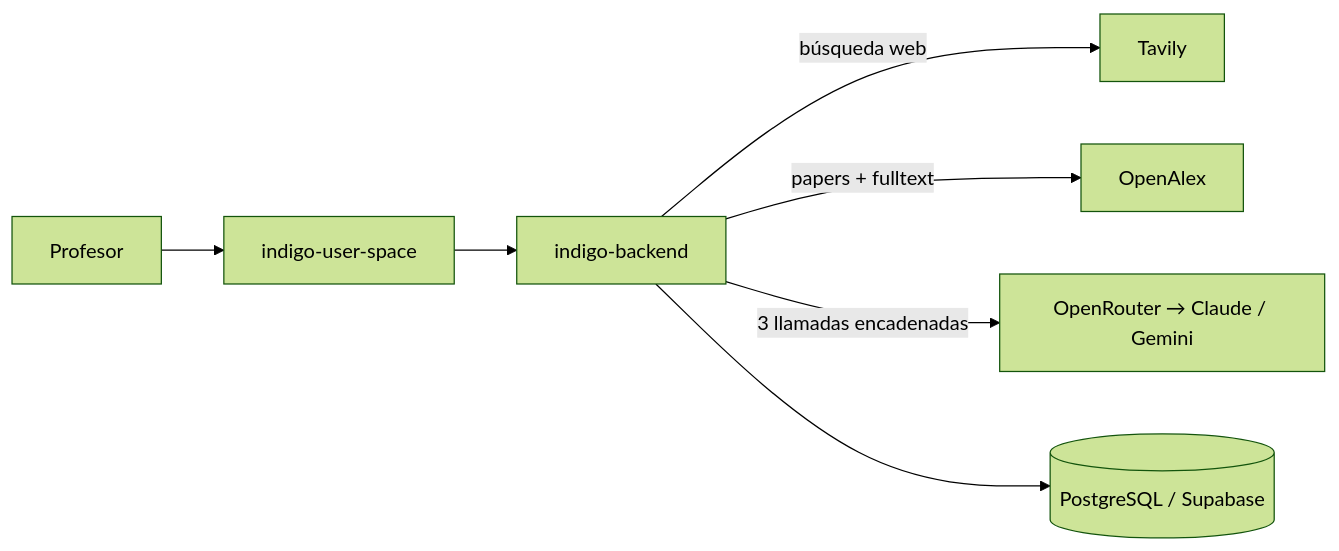
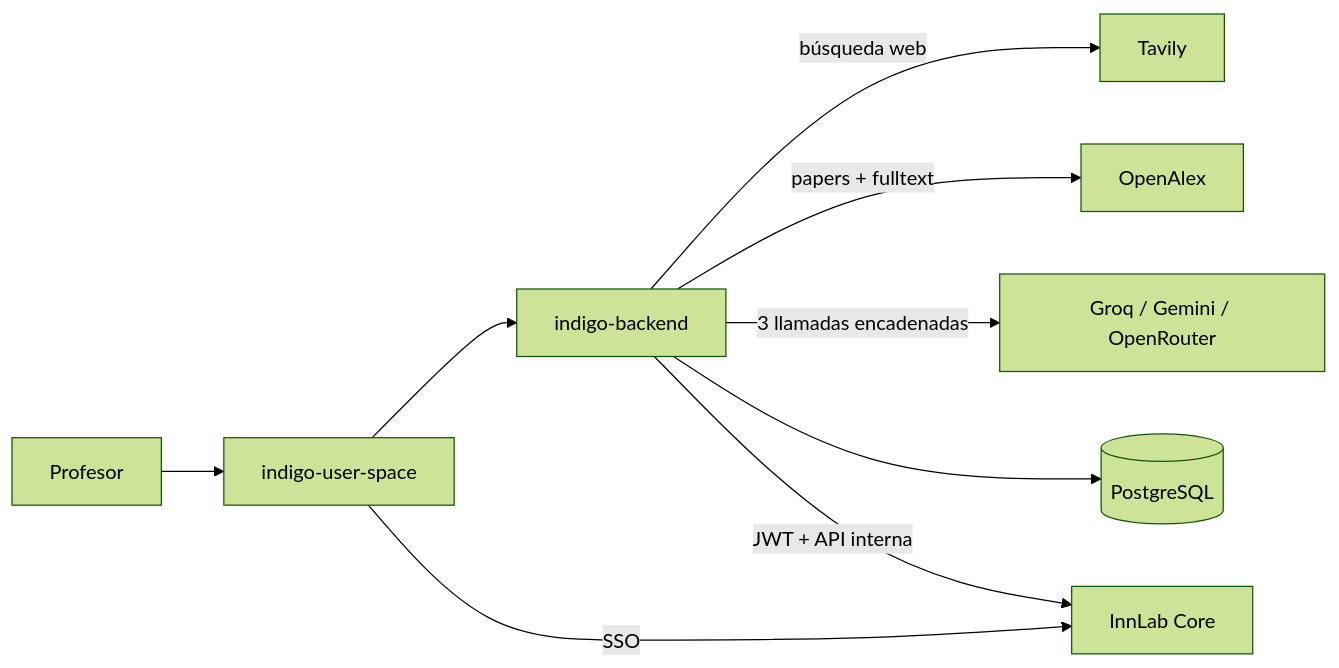
Before and after one commit to JuanEstebanDuque/Wiki-Innlab: the diagram in 05-Proyectos/indigo/README.md, drawn with Mermaid (forest theme). The commit also changed other lines of this file and 5 other files, not shown here.

````diff
--- a/05-Proyectos/indigo/README.md
+++ b/05-Proyectos/indigo/README.md
@@ -24,9 +24,11 @@
 ```mermaid
 flowchart LR
   P[Profesor] --> IUS[indigo-user-space]
   IUS --> IB[indigo-backend]
   IB -->|búsqueda web| TAV[Tavily]
   IB -->|papers + fulltext| OA[OpenAlex]
-  IB -->|3 llamadas encadenadas| LLM[OpenRouter → Claude / Gemini]
-  IB --> DB[(PostgreSQL / Supabase)]
+  IB -->|3 llamadas encadenadas| LLM[Groq / Gemini / OpenRouter]
+  IB --> DB[(PostgreSQL)]
+  IUS -->|SSO| CORE[InnLab Core]
+  IB -->|JWT + API interna| CORE
 ```
````
